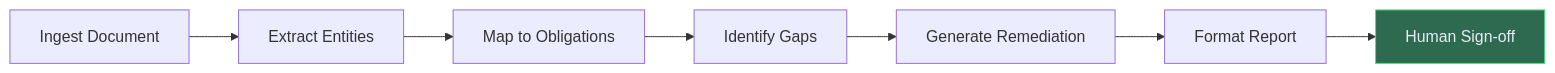
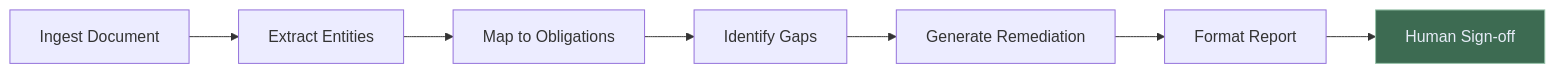
Before and after one commit to lorvexai/lorvexai: the second of 10 diagrams in blog/ai-workflows-for-regulated-enterprises.md, drawn with Mermaid. The commit also changed other lines of this file and 16 other files, not shown here.

First line of the commit message:
Retune hardcoded Mermaid node colors to match the site palette

````diff
--- a/blog/ai-workflows-for-regulated-enterprises.md
+++ b/blog/ai-workflows-for-regulated-enterprises.md
@@ -62,11 +62,11 @@
 ```mermaid
 flowchart LR
     A[Ingest Document] --> B[Extract Entities]
     B --> C[Map to Obligations]
     C --> D[Identify Gaps]
     D --> E[Generate Remediation]
     E --> F[Format Report]
     F --> G[Human Sign-off]
 
-    style G fill:#2D6A4F,stroke:#4ade80,color:#E6ECF7
+    style G fill:#3D6B52,stroke:#95C2A8,color:#E6ECF7
 ```
````
